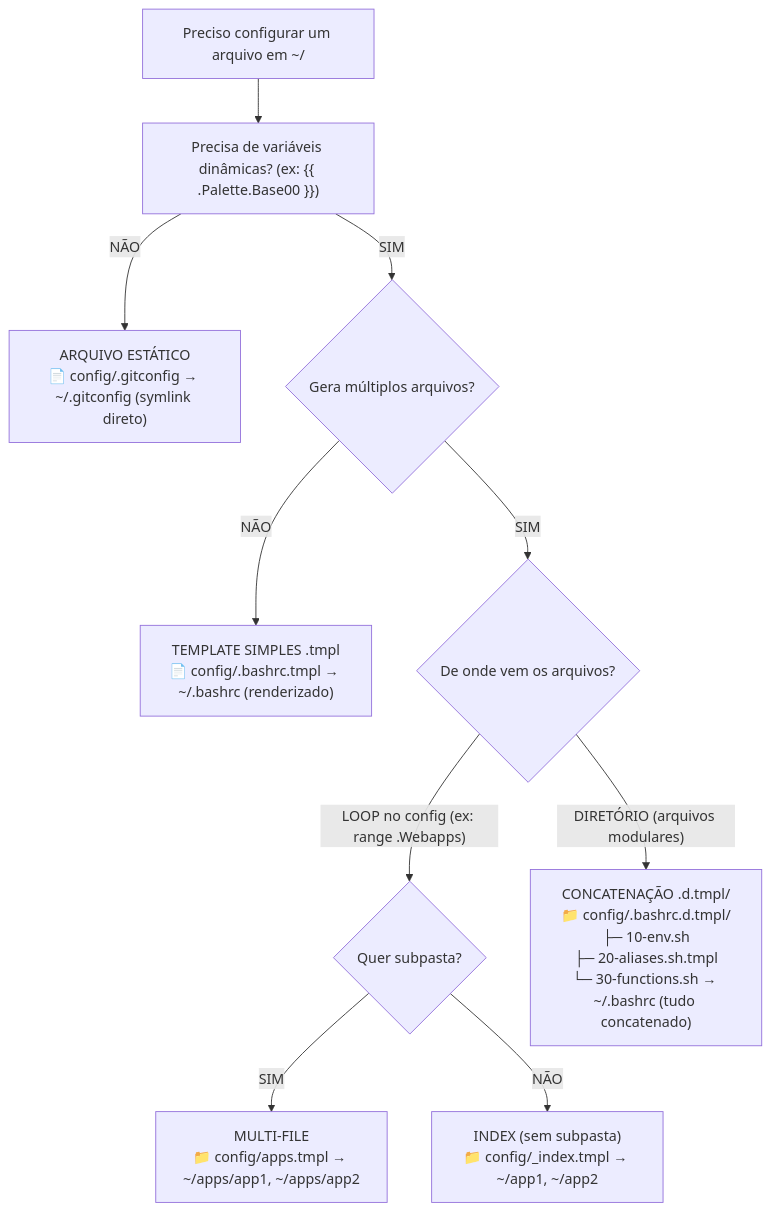
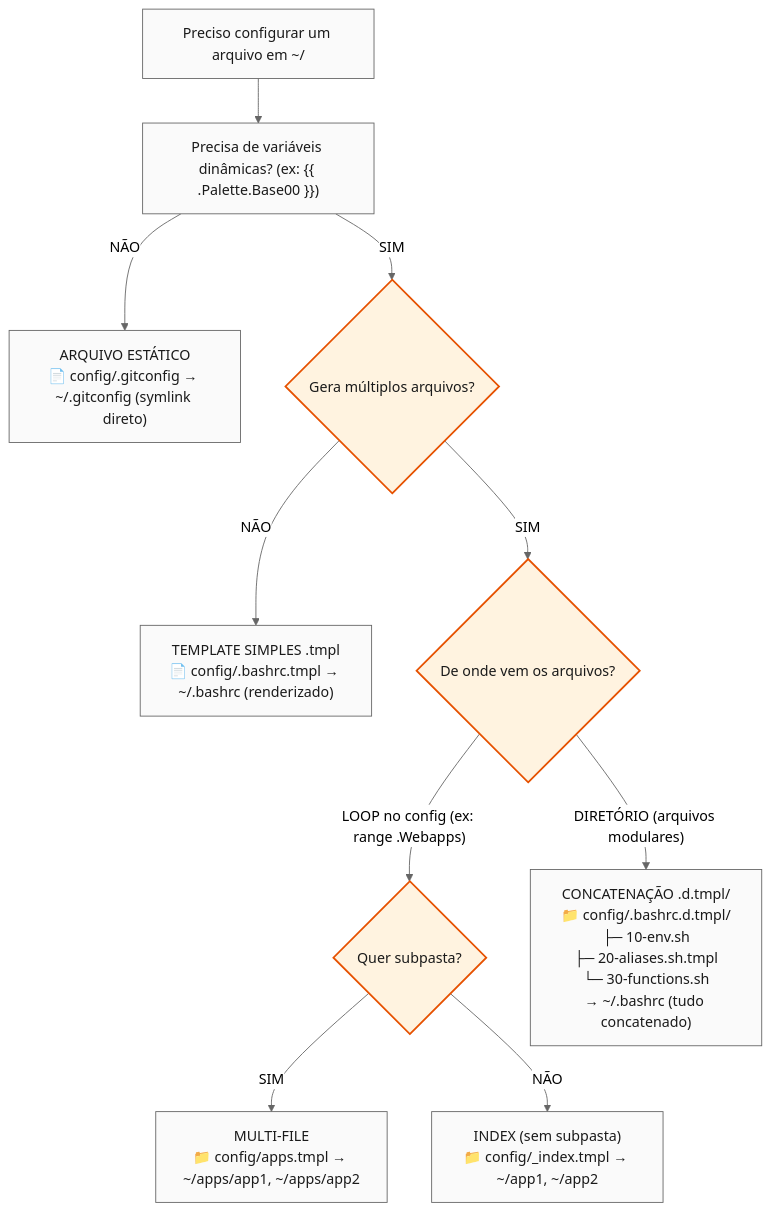
Before and after one commit to lucasew/workspaced: the diagram in TEMPLATES.md, drawn with Mermaid.

Commit message:
checkpoint

````diff
--- a/TEMPLATES.md
+++ b/TEMPLATES.md
@@ -5,21 +5,26 @@
 ```mermaid
+%%{init: {"theme": "neutral"}}%%
 flowchart TD
     Start["Preciso configurar um arquivo em ~/"] --> Q1["Precisa de variáveis dinâmicas? (ex: {{ .Palette.Base00 }})"]
 
     Q1 -- NÃO --> Static["ARQUIVO ESTÁTICO<br/>📄 config/.gitconfig → ~/.gitconfig (symlink direto)"]
 
     Q1 -- SIM --> Q2{Gera múltiplos arquivos?}
 
     Q2 -- NÃO --> Simple["TEMPLATE SIMPLES .tmpl<br/>📄 config/.bashrc.tmpl → ~/.bashrc (renderizado)"]
 
     Q2 -- SIM --> Q3{De onde vem os arquivos?}
 
     Q3 -- "LOOP no config (ex: range .Webapps)" --> Q4{Quer subpasta?}
 
     Q4 -- SIM --> Multi["MULTI-FILE<br/>📁 config/apps.tmpl → ~/apps/app1, ~/apps/app2"]
 
     Q4 -- NÃO --> Index["INDEX (sem subpasta)<br/>📁 config/_index.tmpl → ~/app1, ~/app2"]
 
-    Q3 -- "DIRETÓRIO (arquivos modulares)" --> Concat["CONCATENAÇÃO .d.tmpl/<br/>📁 config/.bashrc.d.tmpl/<br/>├─ 10-env.sh<br/>├─ 20-aliases.sh.tmpl<br/>└─ 30-functions.sh → ~/.bashrc (tudo concatenado)"]
+    Q3 -- "DIRETÓRIO (arquivos modulares)" --> Concat["CONCATENAÇÃO .d.tmpl/<br/>📁 config/.bashrc.d.tmpl/<br/>├─ 10-env.sh<br/>├─ 20-aliases.sh.tmpl<br/>└─ 30-functions.sh<br/>→ ~/.bashrc (tudo concatenado)"]
 
+    classDef node fill:#fafafa,color:#1a1a1a,stroke:#666666,stroke-width:1px
+    classDef decision fill:#fff3e0,color:#1a1a1a,stroke:#e65100,stroke-width:2px
+    class Start,Q1,Q2,Q3,Q4,Static,Simple,Multi,Index,Concat node
+    class Q2,Q3,Q4 decision
 ```
````
